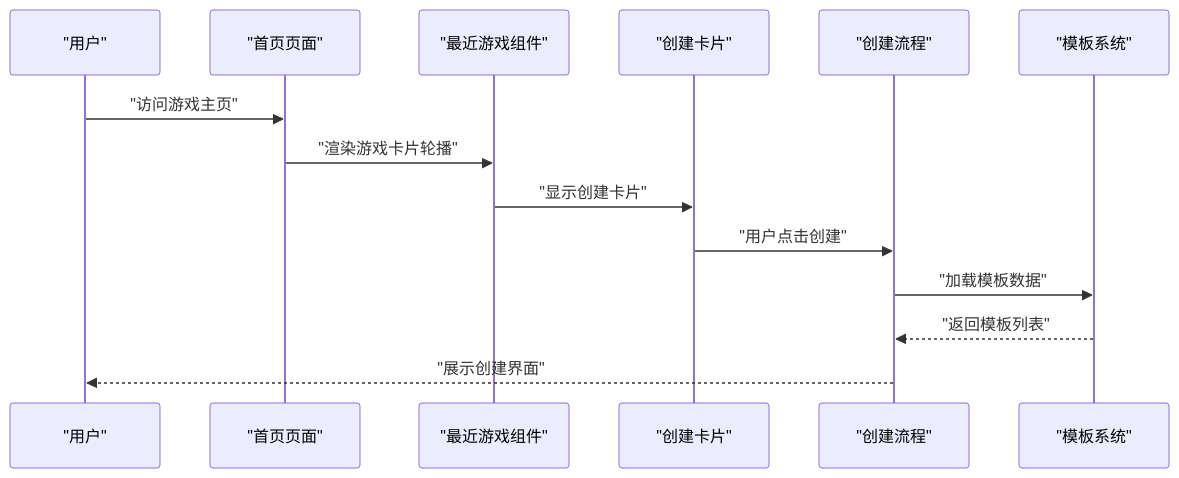
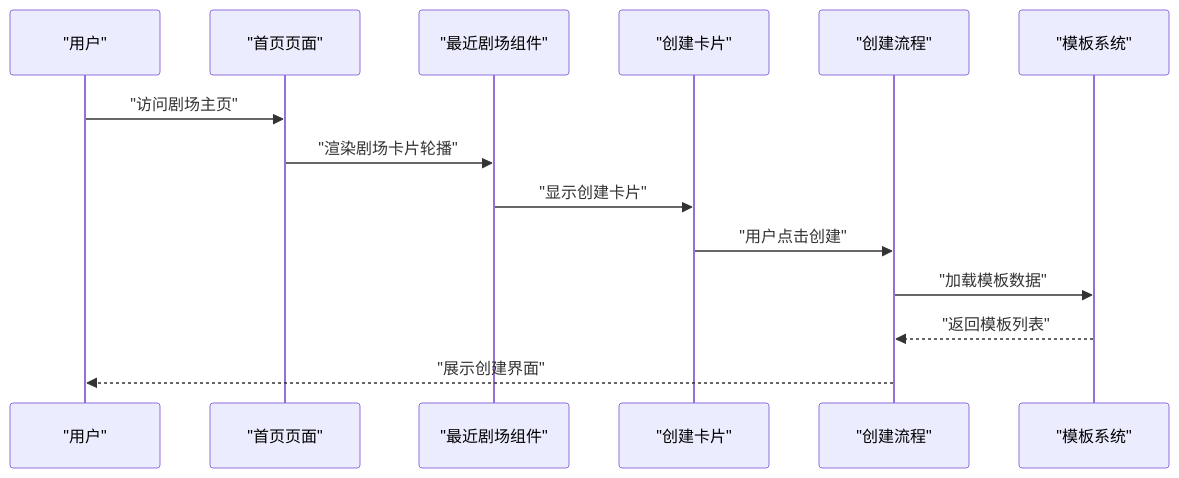
The second of 4 diagrams in .qoder/repowiki/zh/content/前端开发指南/游戏画布渲染系统.md (KunLabAI/KunFlix), drawn with Mermaid before and after one commit. The commit also changed other lines of this file and 112 other files, not shown here.

````diff
--- a/.qoder/repowiki/zh/content/前端开发指南/游戏画布渲染系统.md
+++ b/.qoder/repowiki/zh/content/前端开发指南/游戏画布渲染系统.md
@@ -126,16 +126,16 @@
 ```mermaid
 sequenceDiagram
 participant U as "用户"
 participant H as "首页页面"
-participant RG as "最近游戏组件"
+participant RG as "最近剧场组件"
 participant CG as "创建卡片"
 participant CC as "创建流程"
 participant TS as "模板系统"
-U->>H : "访问游戏主页"
-H->>RG : "渲染游戏卡片轮播"
+U->>H : "访问剧场主页"
+H->>RG : "渲染剧场卡片轮播"
 RG->>CG : "显示创建卡片"
 CG->>CC : "用户点击创建"
 CC->>TS : "加载模板数据"
 TS-->>CC : "返回模板列表"
 CC-->>U : "展示创建界面"
 ```
````
